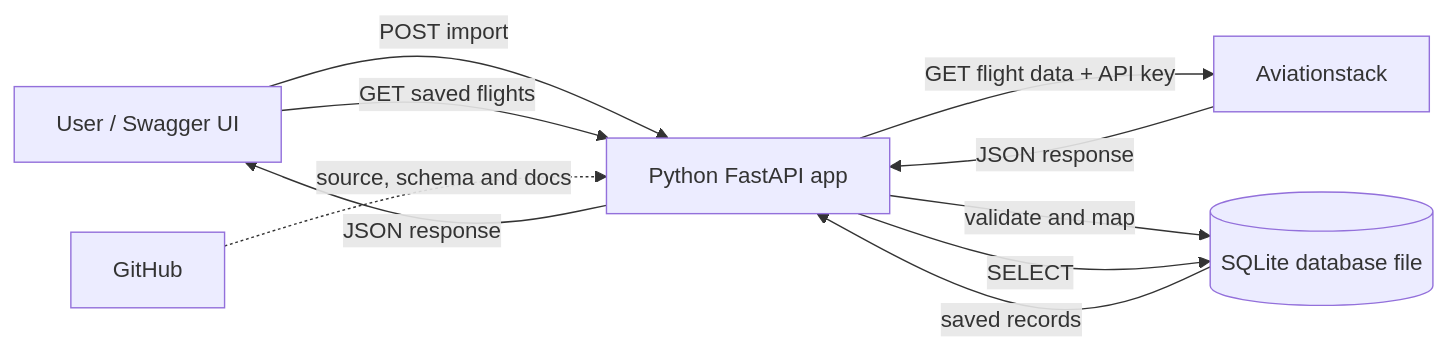
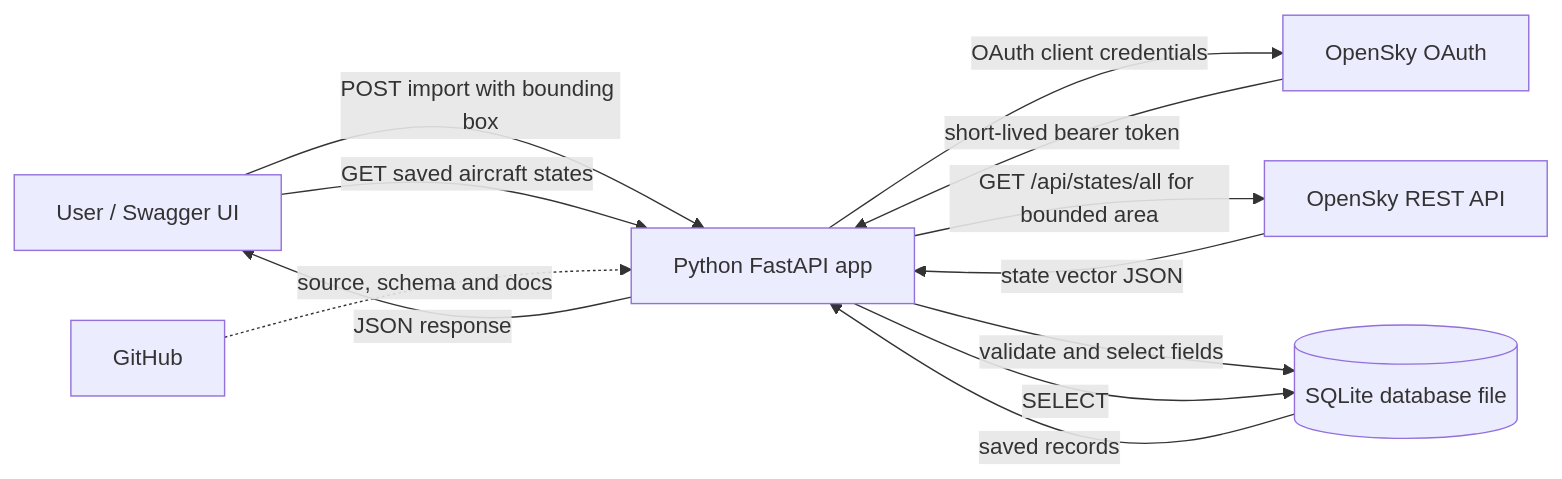
The diagram in plan.md (PranavTiwari007/restAPI), drawn with Mermaid before and after one commit. The commit also changed other lines of this file and 15 other files, not shown here.

Commit message:
aircraft tracking api

````diff
--- a/plan.md
+++ b/plan.md
@@ -13,12 +21,14 @@
 ```mermaid
 flowchart LR
-    U[User / Swagger UI] -->|POST import| A[Python FastAPI app]
-    A -->|GET flight data + API key| X[Aviationstack]
-    X -->|JSON response| A
-    A -->|validate and map| D[(SQLite database file)]
-    U -->|GET saved flights| A
+    U[User / Swagger UI] -->|POST import with bounding box| A[Python FastAPI app]
+    A -->|OAuth client credentials| O[OpenSky OAuth]
+    O -->|short-lived bearer token| A
+    A -->|GET /api/states/all for bounded area| X[OpenSky REST API]
+    X -->|state vector JSON| A
+    A -->|validate and select fields| D[(SQLite database file)]
+    U -->|GET saved aircraft states| A
     A -->|SELECT| D
     D -->|saved records| A
     A -->|JSON response| U
     G[GitHub] -. source, schema and docs .-> A
 ```
````
